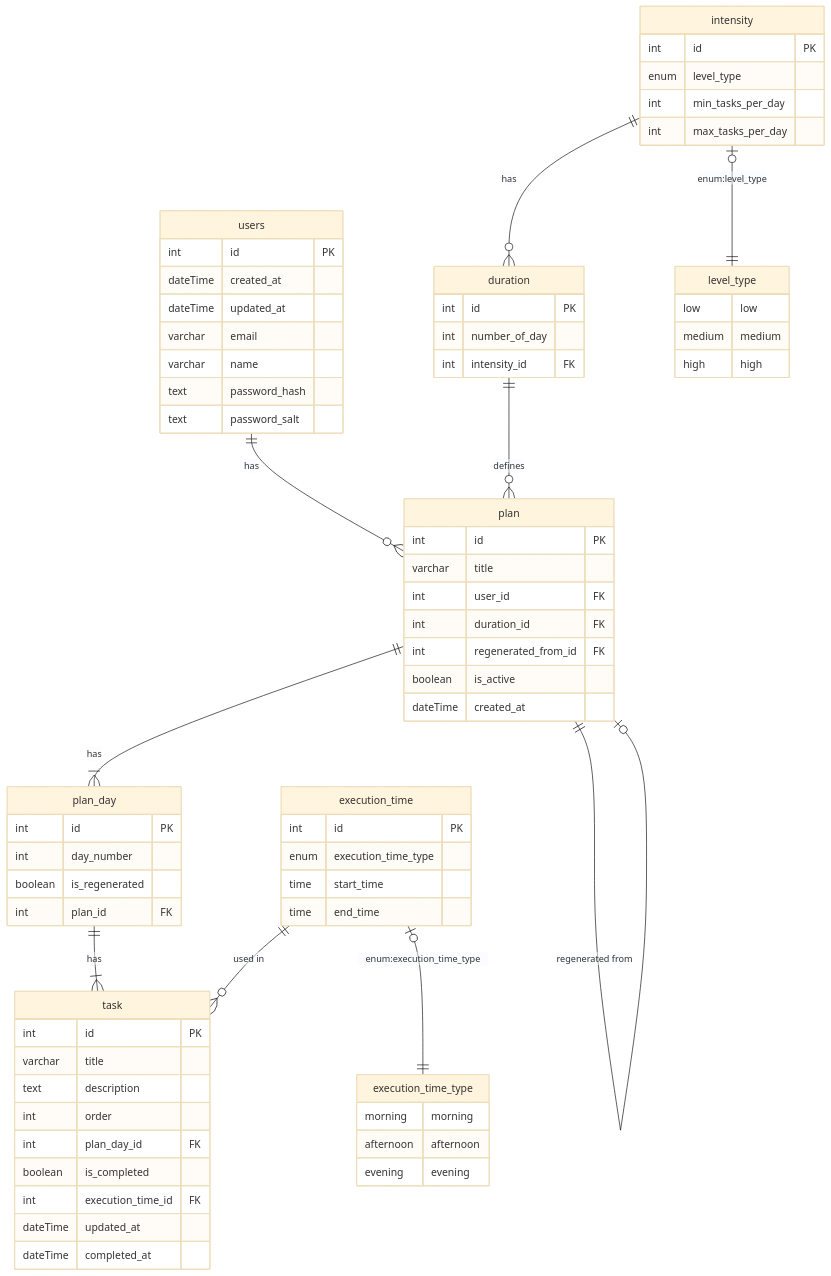
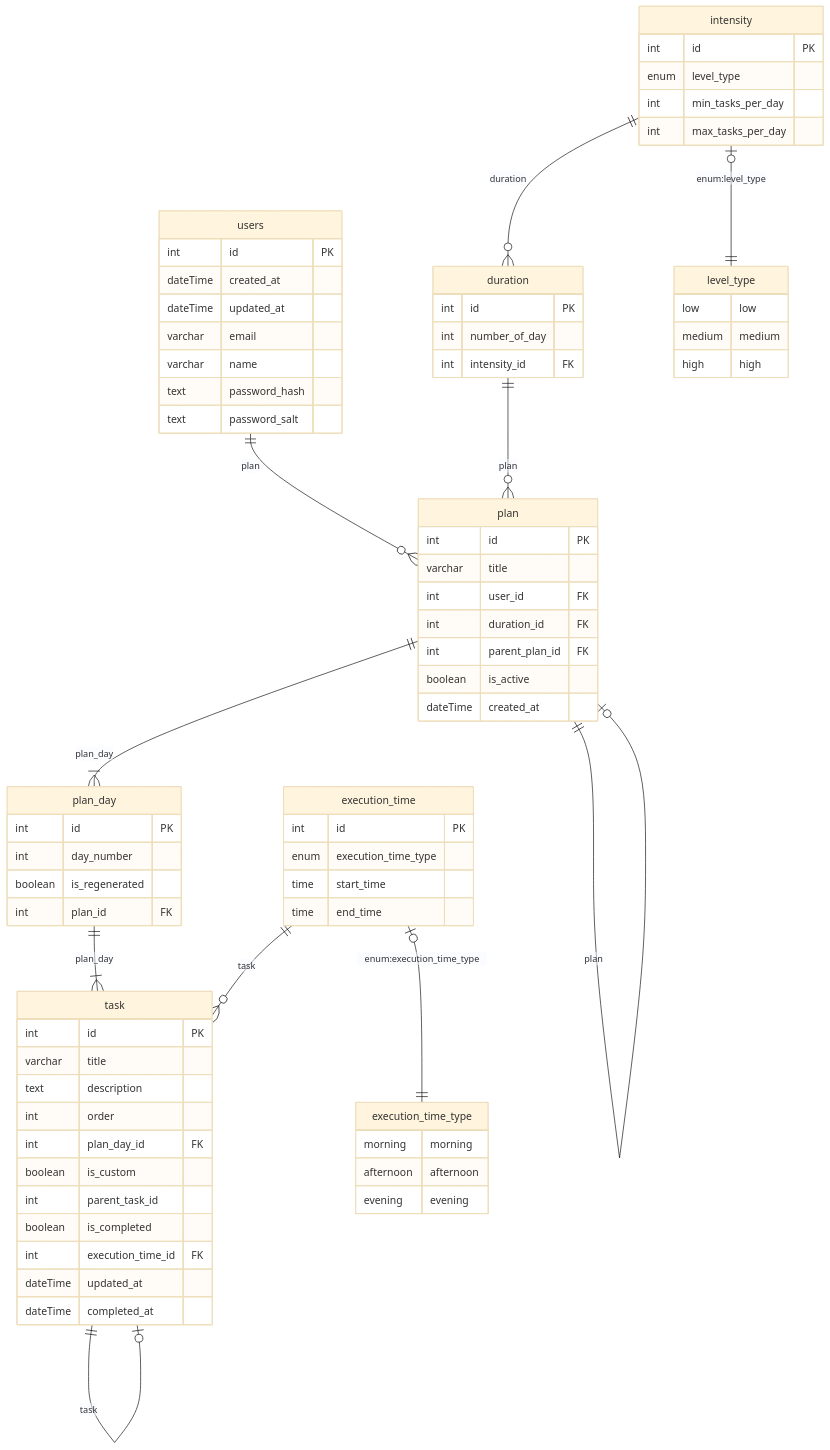
One commit to BinaryStudioAcademy/bsa-2025-checkly changed the diagram in docs/requirements/database-structure-for-plan-entities.md. Above: the diagram before and after it, drawn with Mermaid (base theme). The commit also changed other lines of this file, not shown here.

Commit message:
docs: separated version for mvp, extended task fields cy-5

````diff
--- a/docs/requirements/database-structure-for-plan-entities.md
+++ b/docs/requirements/database-structure-for-plan-entities.md
@@ -51,82 +58,85 @@
 ```mermaid
 erDiagram
-  users ||--o{ plan : "has"
+  users ||--o{ plan : "plan"
   users {
-      int id PK
-      dateTime created_at
-      dateTime updated_at
-      varchar email
-      varchar name
-      text password_hash
-      text password_salt
+    int id PK
+    dateTime created_at
+    dateTime updated_at
+    varchar email
+    varchar name
+    text password_hash
+    text password_salt
   }
 
-  intensity ||--o{ duration : "has"
+  intensity ||--o{ duration : "duration"
   intensity o|--|| level_type : "enum:level_type"
   intensity {
-      int id PK
-      enum level_type
-      int min_tasks_per_day
-      int max_tasks_per_day
+    int id PK
+    enum level_type
+    int min_tasks_per_day
+    int max_tasks_per_day
   }
 
   level_type {
-      low low
-      medium medium
-      high high
+    low low
+    medium medium
+    high high
   }
 
-  duration ||--o{ plan : "defines"
+  duration ||--o{ plan : "plan"
   duration {
-      int id PK
-      int number_of_day
-      int intensity_id FK
+    int id PK
+    int number_of_day
+    int intensity_id FK
   }
 
-  plan ||--|{ plan_day : "has"
-  plan ||--o| plan : "regenerated from"
+  plan ||--|{ plan_day : "plan_day"
+  plan ||--o| plan : "plan"
   plan {
-      int id PK
-      varchar title
-      int user_id FK
-      int duration_id FK
-      int regenerated_from_id FK
-      boolean is_active
-      dateTime created_at
+    int id PK
+    varchar title
+    int user_id FK
+    int duration_id FK
+    int parent_plan_id FK
+    boolean is_active
+    dateTime created_at
   }
 
-  plan_day ||--|{ task : "has"
+  plan_day ||--|{ task : "plan_day"
   plan_day {
-      int id PK
-      int day_number
-      boolean is_regenerated
-      int plan_id FK
+    int id PK
+    int day_number
+    boolean is_regenerated
+    int plan_id FK
   }
 
+  task ||--o| task : "task"
   task {
-      int id PK
-      varchar title
-      text description
-      int order
-      int plan_day_id FK
-      boolean is_completed
-      int execution_time_id FK
-      dateTime updated_at
-      dateTime completed_at
+    int id PK
+    varchar title
+    text description
+    int order
+    int plan_day_id FK
+    boolean is_custom
+    int parent_task_id
+    boolean is_completed
+    int execution_time_id FK
+    dateTime updated_at
+    dateTime completed_at
   }
 
-  execution_time ||--o{ task : "used in"
+  execution_time ||--o{ task : "task"
   execution_time o|--|| execution_time_type : "enum:execution_time_type"
   execution_time {
-      int id PK
-      enum execution_time_type
-      time start_time
-      time end_time
+    int id PK
+    enum execution_time_type
+    time start_time
+    time end_time
   }
 
   execution_time_type {
-      morning morning
-      afternoon afternoon
-      evening evening
+    morning morning
+    afternoon afternoon
+    evening evening
   }
 ```
````
